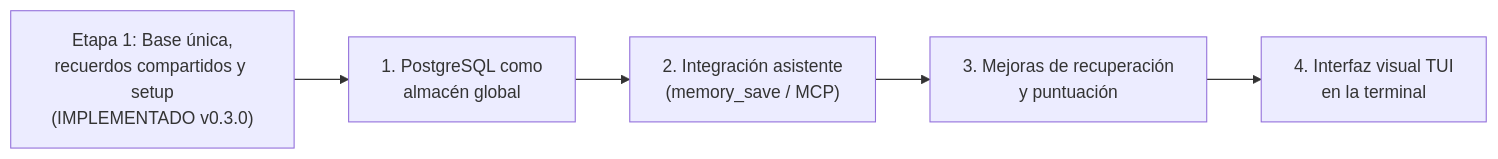
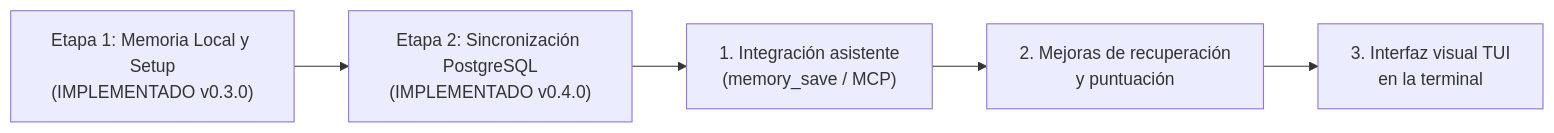
Before and after one commit to jotredev/forge614-engram: the diagram in docs/es/08-limites-y-roadmap.md, drawn with Mermaid. The commit also changed other lines of this file and 39 other files, not shown here.

First line of the commit message:
Add optional direct PostgreSQL synchronization to Forge614 Engram

````diff
--- a/docs/es/08-limites-y-roadmap.md
+++ b/docs/es/08-limites-y-roadmap.md
@@ -128,7 +138,7 @@
 ```mermaid
 flowchart LR
-    E1["Etapa 1: Base única,<br>recuerdos compartidos y setup<br>(IMPLEMENTADO v0.3.0)"] --> P1["1. PostgreSQL como<br>almacén global"]
-    P1 --> P2["2. Integración asistente<br>(memory_save / MCP)"]
-    P2 --> P3["3. Mejoras de recuperación<br>y puntuación"]
-    P3 --> P4["4. Interfaz visual TUI<br>en la terminal"]
+    E1["Etapa 1: Memoria Local y Setup<br>(IMPLEMENTADO v0.3.0)"] --> E2["Etapa 2: Sincronización PostgreSQL<br>(IMPLEMENTADO v0.4.0)"]
+    E2 --> P1["1. Integración asistente<br>(memory_save / MCP)"]
+    P1 --> P2["2. Mejoras de recuperación<br>y puntuación"]
+    P2 --> P3["3. Interfaz visual TUI<br>en la terminal"]
 ```
````
